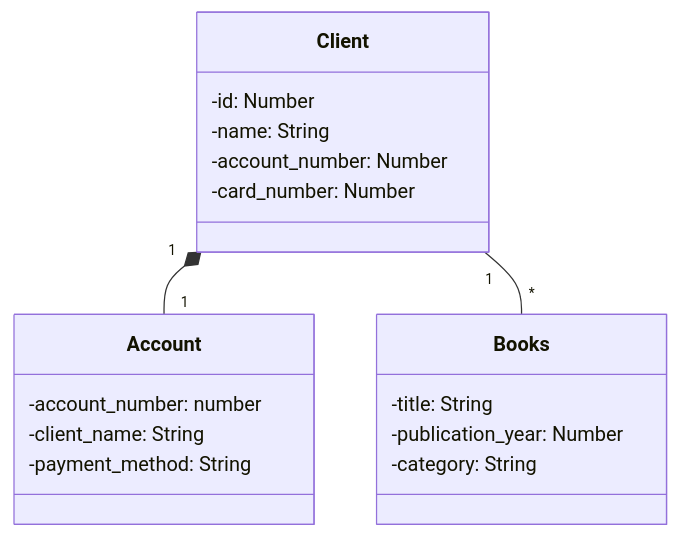
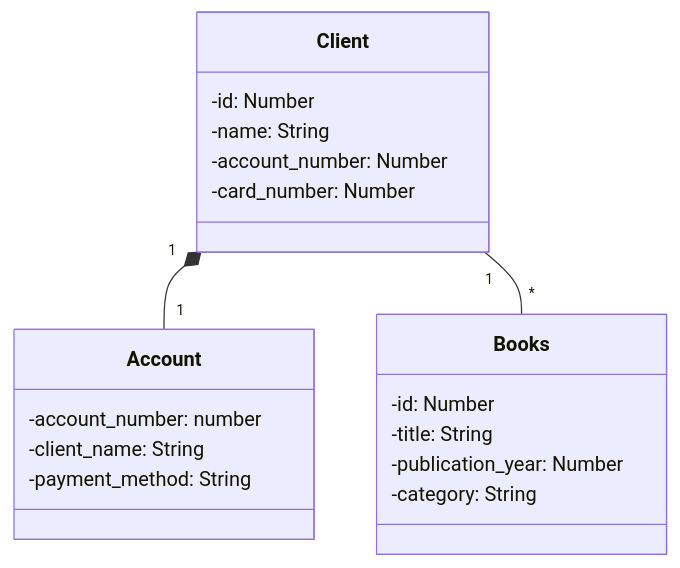
The diagram in README.md (Sesans/Desafio-Cloud-RestAPI), drawn with Mermaid before and after one commit.

````diff
--- a/README.md
+++ b/README.md
@@ -3,24 +3,25 @@
 ```mermaid
 classDiagram
   class Client {
     -id: Number
     -name: String
     -account_number: Number
     -card_number: Number
   } 
 
   class Account {
     -account_number: number
     -client_name: String
     -payment_method: String
   }
 
   class Books{
+    -id: Number
     -title: String
     -publication_year: Number
     -category: String
   }
 
   Client "1" *-- "1" Account
   Client "1" -- "*" Books
 ```
````
